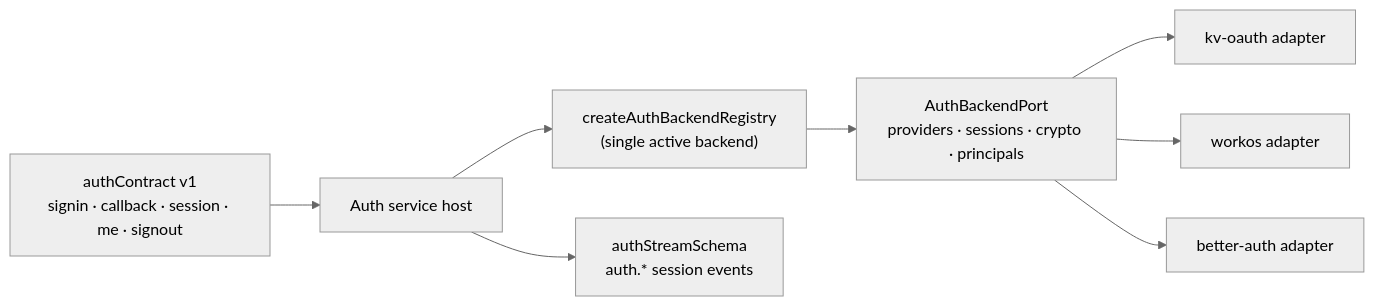
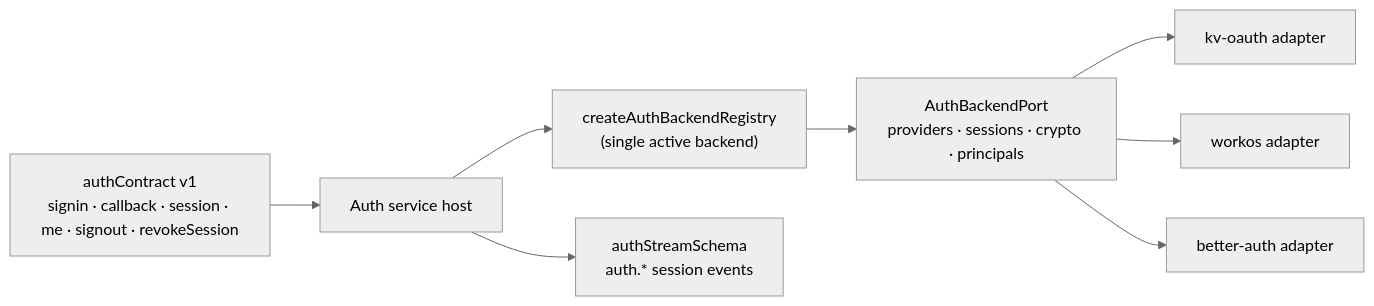
The diagram in packages/plugin-auth-core/README.md (rickylabs/netscript), drawn with Mermaid (neutral theme) before and after one commit. The commit also changed other lines of this file and 11 other files, not shown here.

First line of the commit message:
docs(auth): document signout ownership, global logout and operator revocation (#1384)

````diff
--- a/packages/plugin-auth-core/README.md
+++ b/packages/plugin-auth-core/README.md
@@ -44,10 +44,10 @@
 ```mermaid
 flowchart LR
-    C["authContract v1<br/>signin · callback · session · me · signout"] --> S["Auth service host"]
+    C["authContract v1<br/>signin · callback · session · me · signout · revokeSession"] --> S["Auth service host"]
     S --> RG["createAuthBackendRegistry<br/>(single active backend)"]
     RG --> P["AuthBackendPort<br/>providers · sessions · crypto · principals"]
     P --> B1["kv-oauth adapter"]
     P --> B2["workos adapter"]
     P --> B3["better-auth adapter"]
     S --> ST["authStreamSchema<br/>auth.* session events"]
 ```
````
